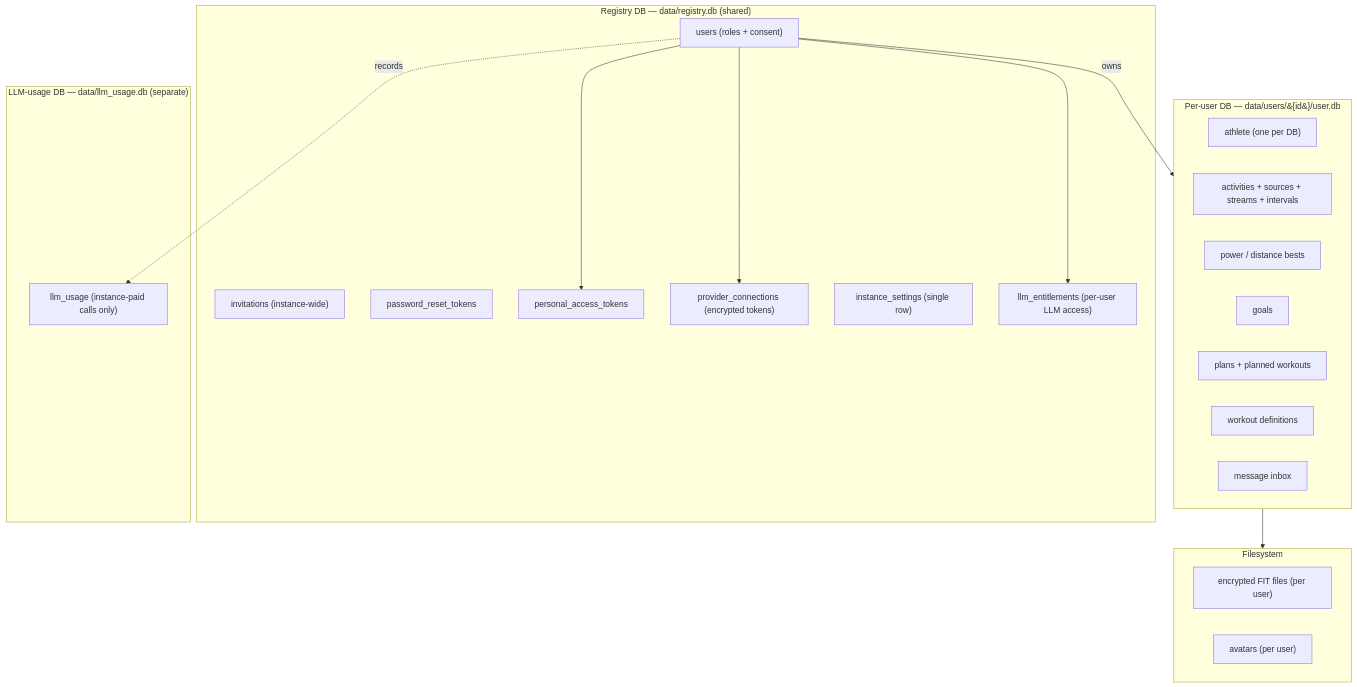
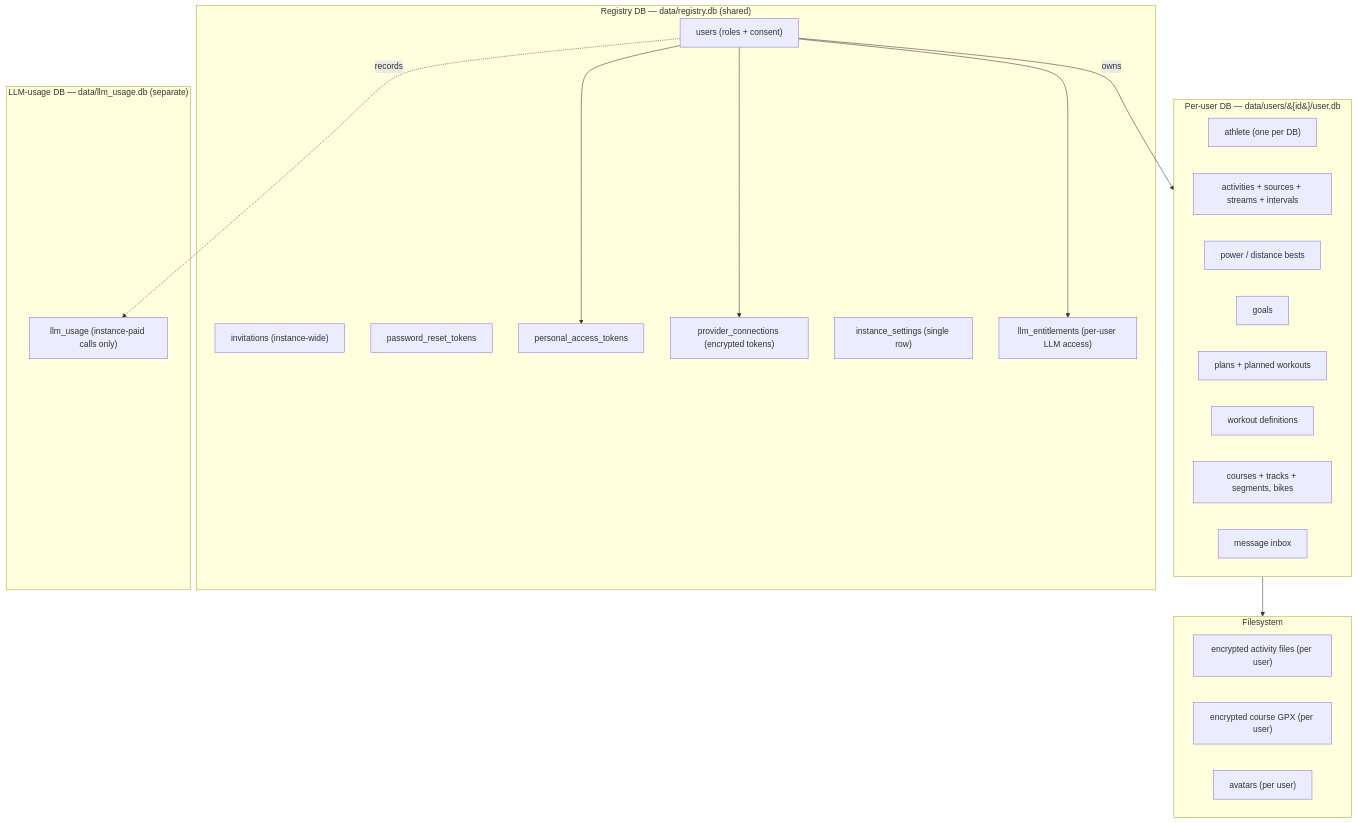
One commit to openkoutsi/openkoutsi-arch changed the diagram in docs/architecture/data-model.md. Above: the diagram before and after it, drawn with Mermaid. The commit also changed other lines of this file and 3 other files, not shown here.

````diff
--- a/docs/architecture/data-model.md
+++ b/docs/architecture/data-model.md
@@ -9,34 +9,36 @@
 ```mermaid
 flowchart TD
     subgraph Registry["Registry DB — data/registry.db (shared)"]
         U["users (roles + consent)"]
         I["invitations (instance-wide)"]
         PR["password_reset_tokens"]
         PAT["personal_access_tokens"]
         PC["provider_connections (encrypted tokens)"]
         IS["instance_settings (single row)"]
         EN["llm_entitlements (per-user LLM access)"]
     end
     subgraph Usage["LLM-usage DB — data/llm_usage.db (separate)"]
         LU["llm_usage (instance-paid calls only)"]
     end
     subgraph PerUser["Per-user DB — data/users/&#123;id&#125;/user.db"]
         Ath["athlete (one per DB)"]
         Act["activities + sources + streams + intervals"]
         Best["power / distance bests"]
         Goals["goals"]
         Plans["plans + planned workouts"]
         Work["workout definitions"]
+        Crs["courses + tracks + segments, bikes"]
         Msg["message inbox"]
     end
     subgraph Files["Filesystem"]
-        Fit["encrypted FIT files (per user)"]
+        Fit["encrypted activity files (per user)"]
+        Crsf["encrypted course GPX (per user)"]
         Av["avatars (per user)"]
     end
     U -->|owns| PerUser
     U --> PC
     U --> EN
     U --> PAT
     U -.records.-> LU
     PerUser --> Files
 ```
````
